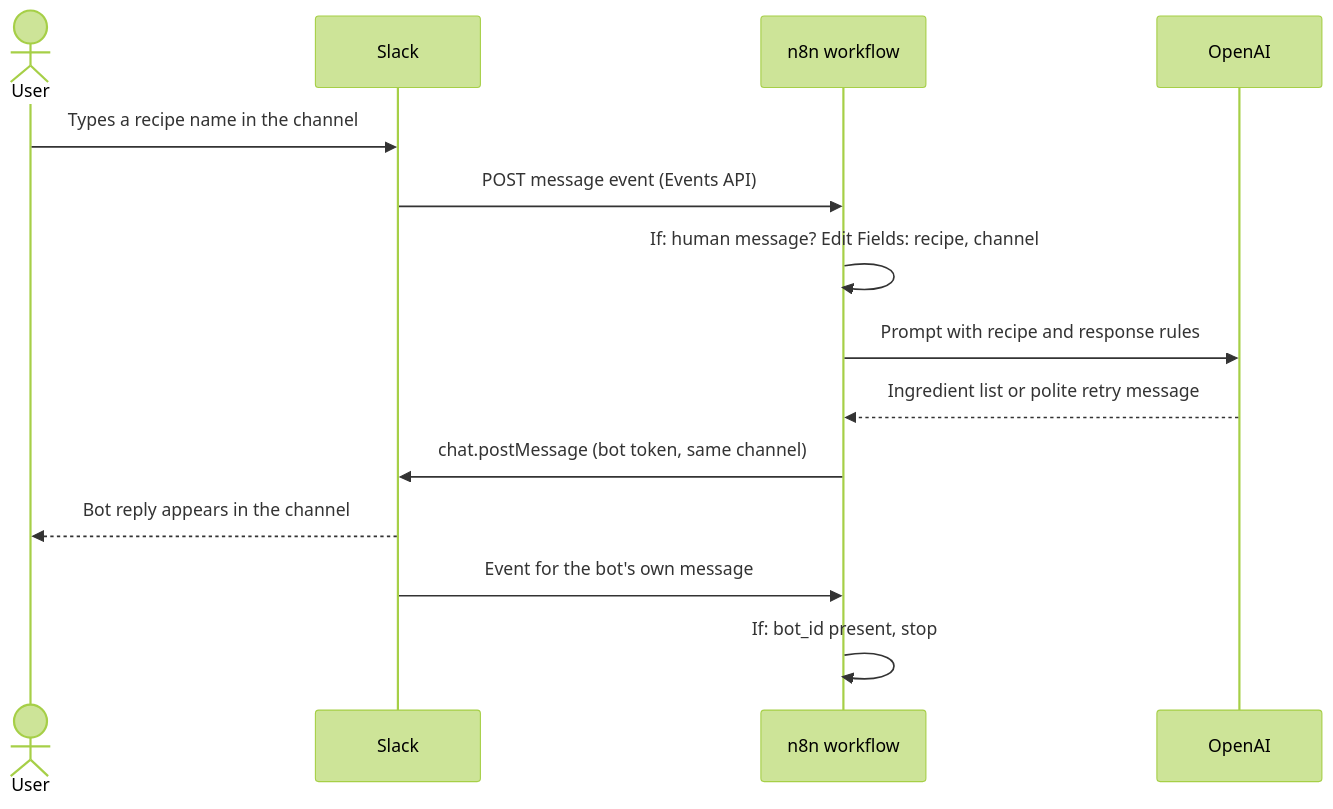
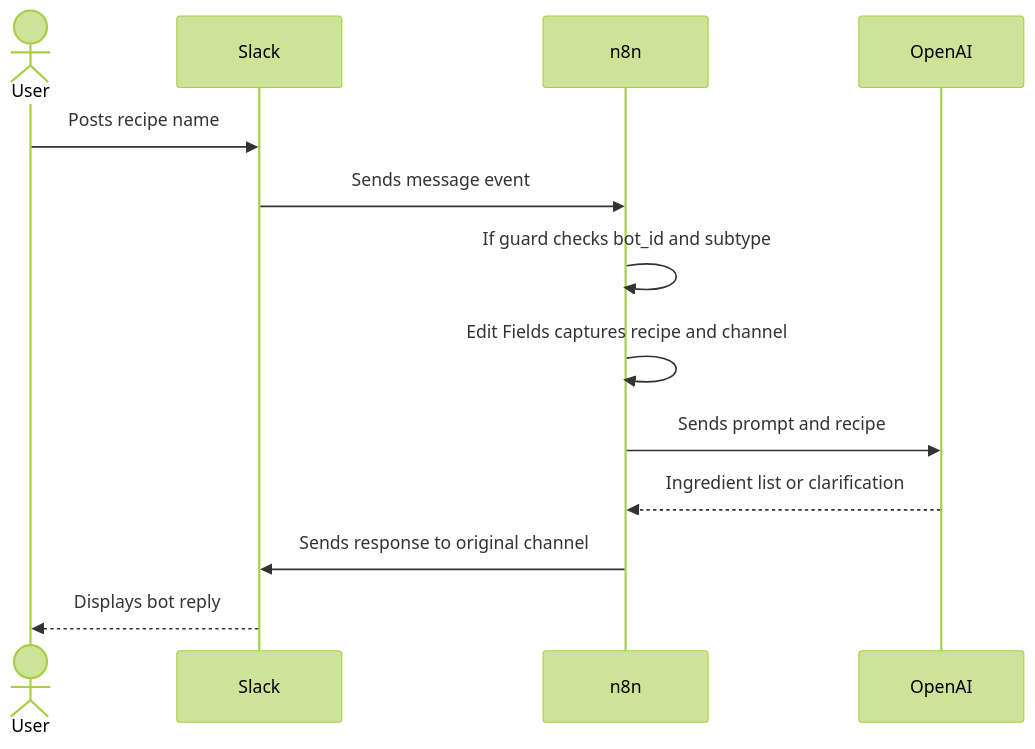
The second of 2 diagrams in docs/07-slack-recipe-bot-architecture.md (ksmurari1/n8n-slack-recipe-bot), drawn with Mermaid (forest theme) before and after one commit. The commit also changed other lines of this file and 7 other files, not shown here.

````diff
--- a/docs/07-slack-recipe-bot-architecture.md
+++ b/docs/07-slack-recipe-bot-architecture.md
@@ -41,16 +42,15 @@
 ```mermaid
 sequenceDiagram
     actor U as User
     participant S as Slack
-    participant N as n8n workflow
+    participant N as n8n
     participant O as OpenAI
-    U->>S: Types a recipe name in the channel
-    S->>N: POST message event (Events API)
-    N->>N: If: human message? Edit Fields: recipe, channel
-    N->>O: Prompt with recipe and response rules
-    O-->>N: Ingredient list or polite retry message
-    N->>S: chat.postMessage (bot token, same channel)
-    S-->>U: Bot reply appears in the channel
-    S->>N: Event for the bot's own message
-    N->>N: If: bot_id present, stop
+    U->>S: Posts recipe name
+    S->>N: Sends message event
+    N->>N: If guard checks bot_id and subtype
+    N->>N: Edit Fields captures recipe and channel
+    N->>O: Sends prompt and recipe
+    O-->>N: Ingredient list or clarification
+    N->>S: Sends response to original channel
+    S-->>U: Displays bot reply
 ```
````
